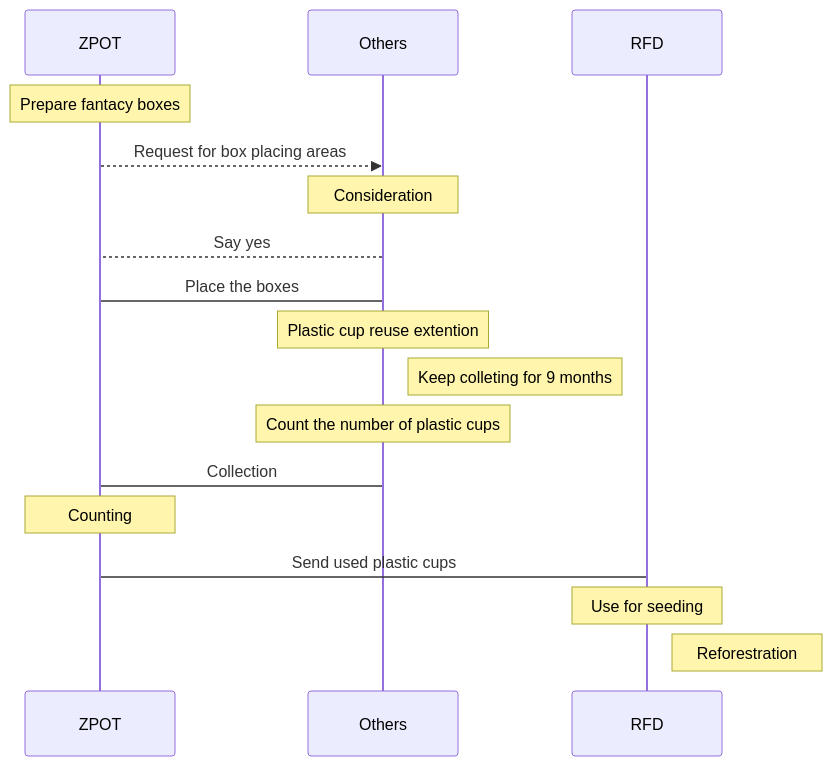
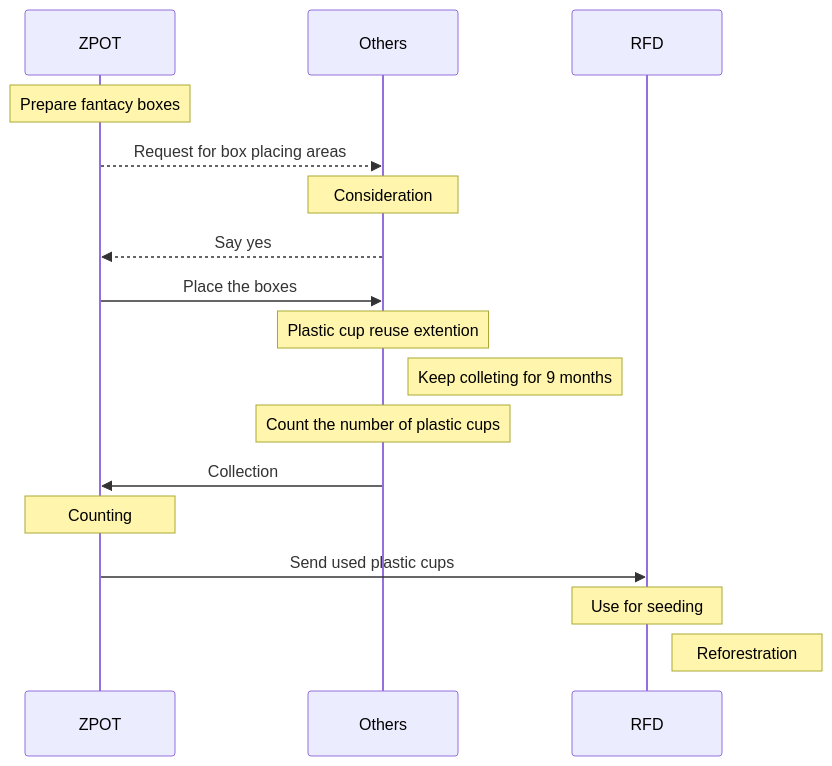
Before and after one commit to Kietpawpan/carbon: the first of 2 diagrams in README.md, drawn with Mermaid.

````diff
--- a/README.md
+++ b/README.md
@@ -9,16 +9,16 @@
 ```mermaid
 sequenceDiagram
     Note over ZPOT: Prepare fantacy boxes  
     ZPOT-->>Others: Request for box placing areas
     Note over Others: Consideration
-    Others-->ZPOT: Say yes
-    ZPOT->Others: Place the boxes
+    Others-->>ZPOT: Say yes
+    ZPOT->>Others: Place the boxes
     Note over Others: Plastic cup reuse extention
     Note right of Others: Keep colleting for 9 months
     Note over Others: Count the number of plastic cups
-    Others->ZPOT: Collection
+    Others->>ZPOT: Collection
     Note over ZPOT: Counting
-    ZPOT->RFD: Send used plastic cups
+    ZPOT->>RFD: Send used plastic cups
     Note over RFD: Use for seeding
     Note right of RFD: Reforestration
 ```
````
